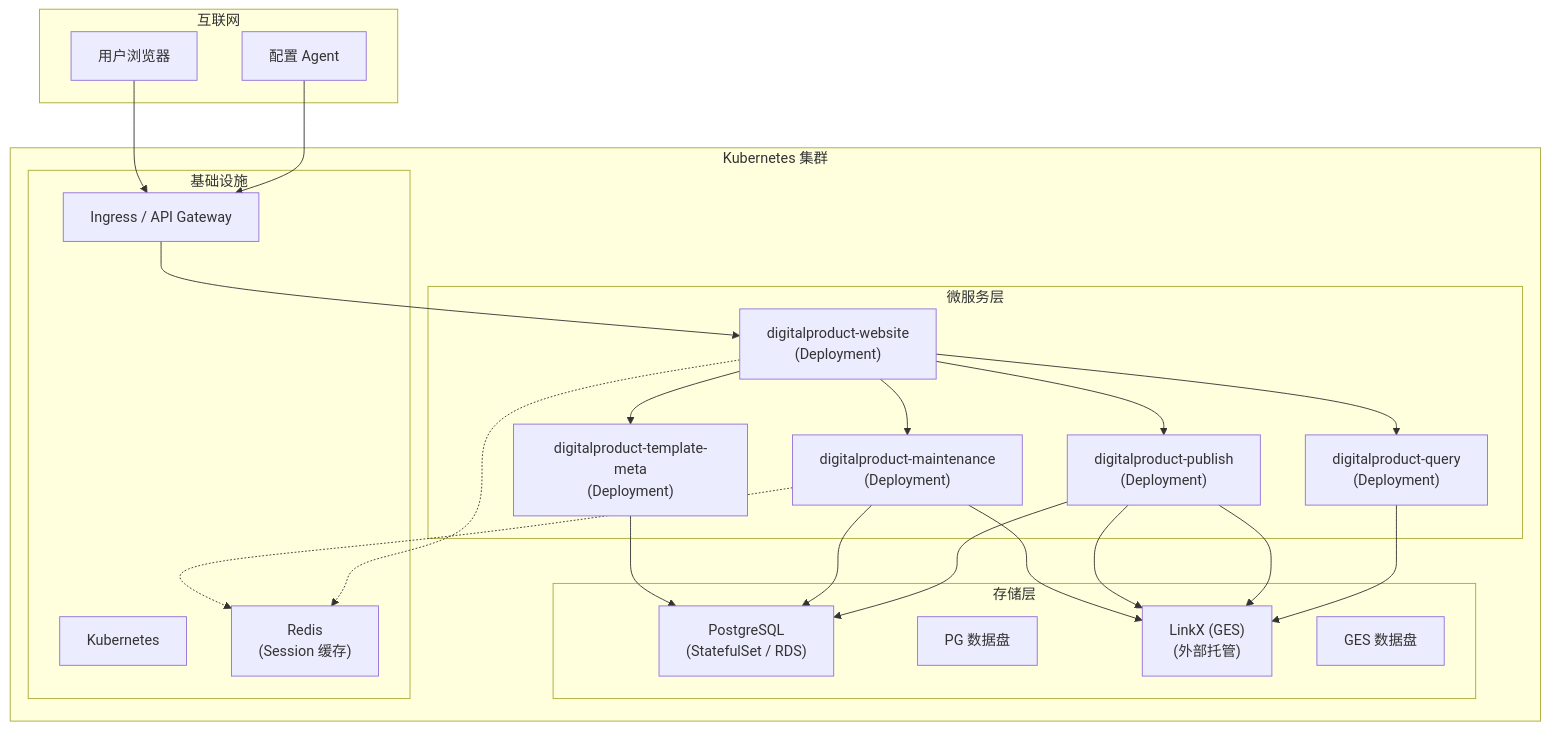
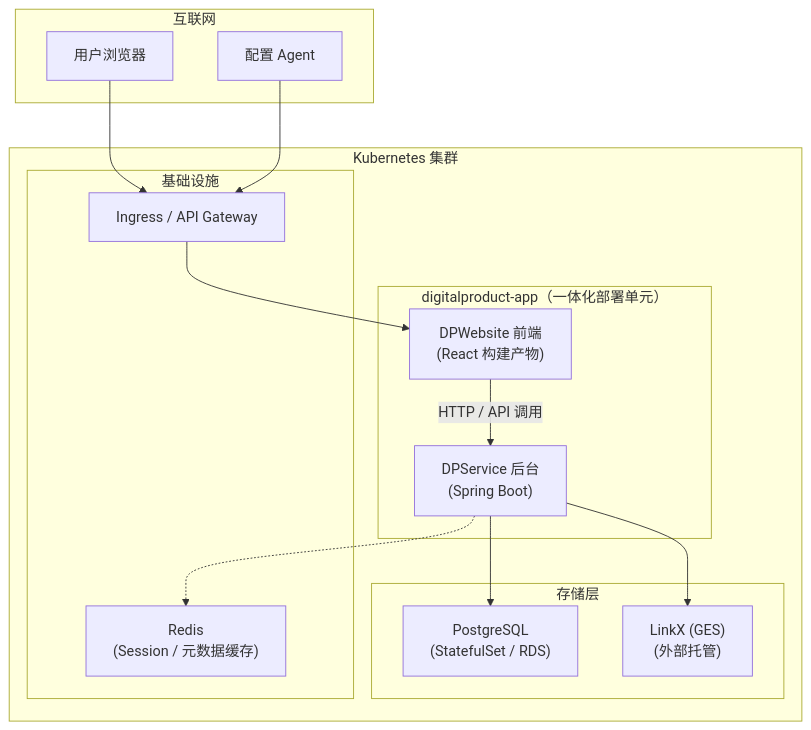
Diagram 16 of 16 in docs/数字产品系统架构设计说明书.md (goflyboy/digitalproduct), drawn with Mermaid before and after one commit. The commit also changed other lines of this file and 3 other files, not shown here.

````diff
--- a/docs/数字产品系统架构设计说明书.md
+++ b/docs/数字产品系统架构设计说明书.md
@@ -3977,49 +3627,32 @@
 ```mermaid
 flowchart TB
     subgraph Internet["互联网"]
         USER["用户浏览器"]
         AGENT["配置 Agent"]
     end
 
     subgraph K8sCluster["Kubernetes 集群"]
-        subgraph Apps["微服务层"]
-            WEB["digitalproduct-website<br/>(Deployment)"]
-            META["digitalproduct-template-meta<br/>(Deployment)"]
-            MAINT["digitalproduct-maintenance<br/>(Deployment)"]
-            PUBL["digitalproduct-publish<br/>(Deployment)"]
-            QUERY["digitalproduct-query<br/>(Deployment)"]
+        subgraph DPApp["digitalproduct-app（一体化部署单元）"]
+            WEB["DPWebsite 前端<br/>(React 构建产物)"]
+            SVC["DPService 后台<br/>(Spring Boot)"]
+            WEB -->|HTTP / API 调用| SVC
         end
 
         subgraph Storage["存储层"]
             PG["PostgreSQL<br/>(StatefulSet / RDS)"]
-            PGData["PG 数据盘"]
             LinkX["LinkX (GES)<br/>(外部托管)"]
-            LinkXData["GES 数据盘"]
         end
 
         subgraph Infra["基础设施"]
-            K8s["Kubernetes"]
             Ingress["Ingress / API Gateway"]
-            Redis["Redis<br/>(Session 缓存)"]
+            Redis["Redis<br/>(Session / 元数据缓存)"]
         end
     end
 
     USER --> Ingress
     AGENT --> Ingress
     Ingress --> WEB
-    WEB --> META
-    WEB --> MAINT
-    WEB --> PUBL
-    WEB --> QUERY
-
-    META --> PG
-    MAINT --> PG
-    MAINT --> LinkX
-    PUBL --> PG
-    PUBL --> LinkX
-    PUBL --> LinkX
-    QUERY --> LinkX
-
-    MAINT -.-> Redis
-    WEB -.-> Redis
+    SVC --> PG
+    SVC --> LinkX
+    SVC -.-> Redis
 ```
````
